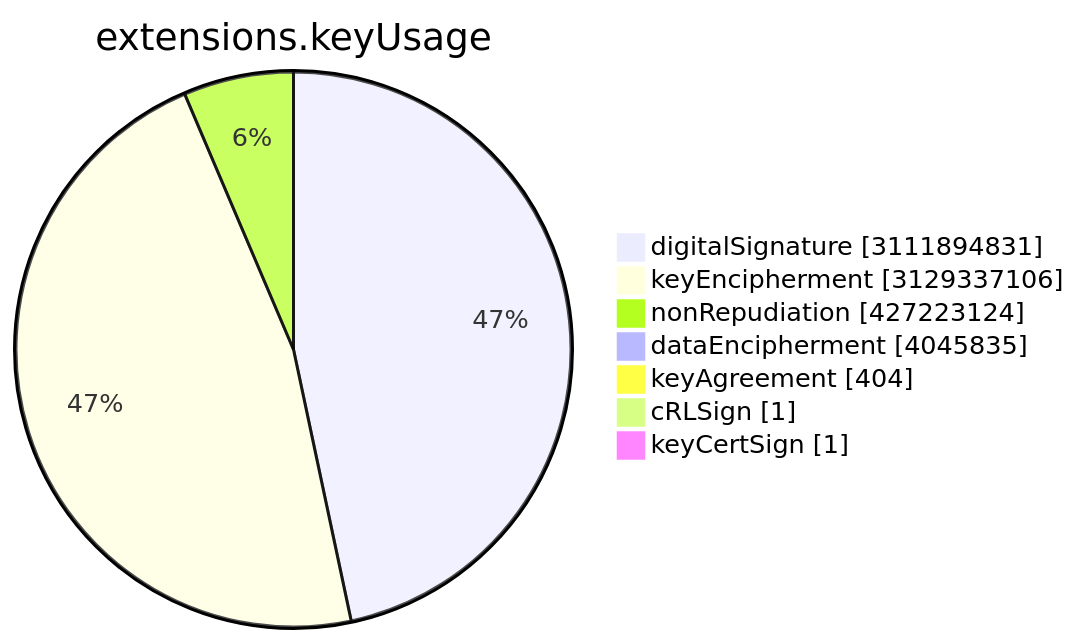
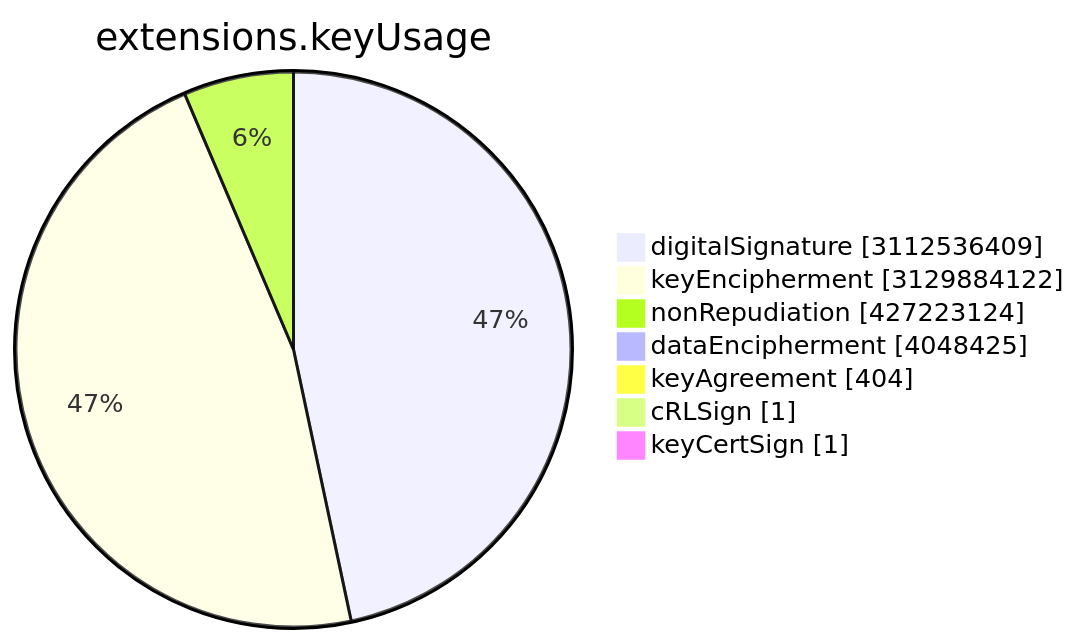
Before and after one commit to christiankrug/ctmonitor_visualization: the sixth of 15 diagrams in TOTAL/README.md, drawn with Mermaid. The commit also changed other lines of this file, not shown here.

````diff
--- a/TOTAL/README.md
+++ b/TOTAL/README.md
@@ -3077,11 +3077,11 @@
 ```mermaid
 pie showData
 title extensions.keyUsage
-"digitalSignature" :3111894831
-"keyEncipherment" :3129337106
+"digitalSignature" :3112536409
+"keyEncipherment" :3129884122
 "nonRepudiation" :427223124
-"dataEncipherment" :4045835
+"dataEncipherment" :4048425
 "keyAgreement" :404
 "cRLSign" :1
 "keyCertSign" :1
 ```
````
